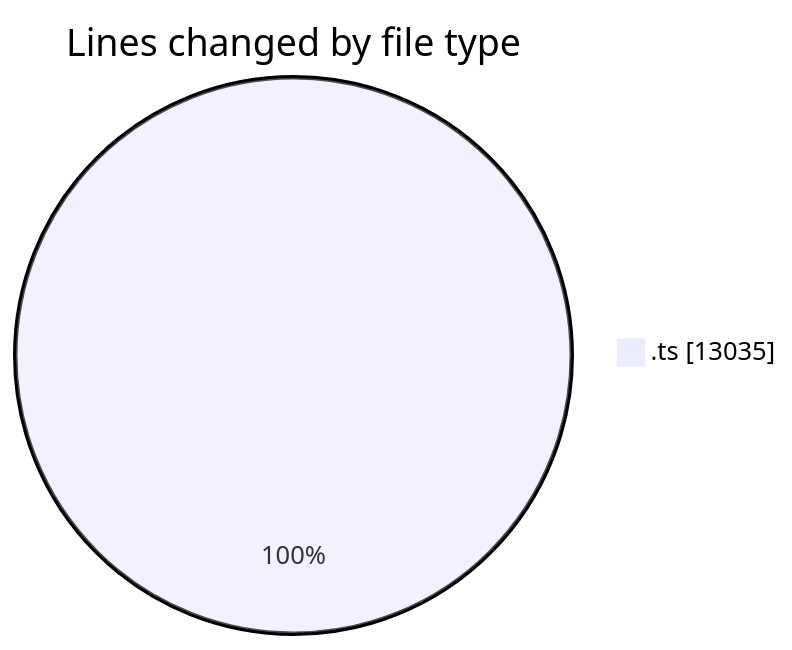
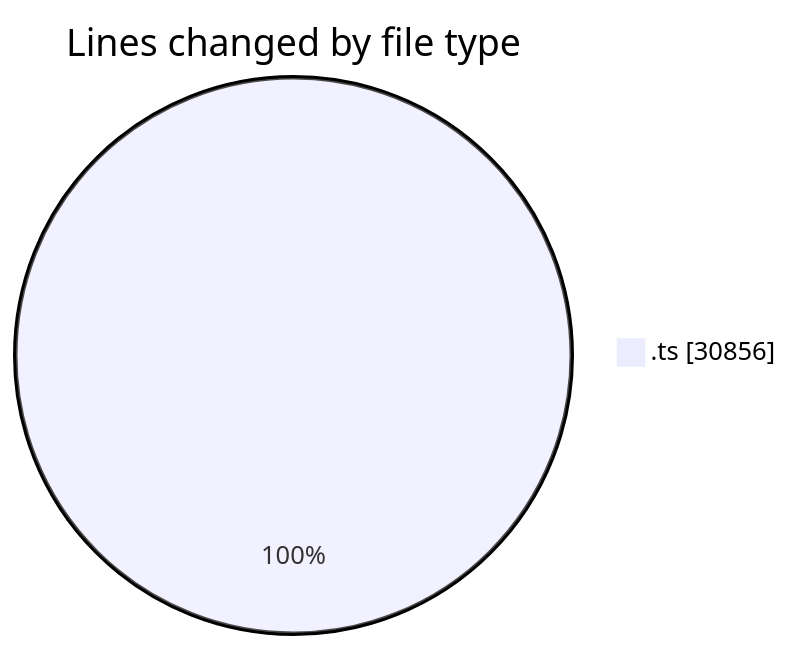
One commit to momahboobian/code-tracking changed the first of 2 diagrams in 2025-07-31/cda/README.md. Above: the diagram before and after it, drawn with Mermaid. The commit also changed other lines of this file and 1 other file, not shown here.

````diff
--- a/2025-07-31/cda/README.md
+++ b/2025-07-31/cda/README.md
@@ -22,5 +22,5 @@
 ```mermaid
 pie showData
 title Lines changed by file type
-".ts" : 13035
+".ts" : 30856
 ```
````
